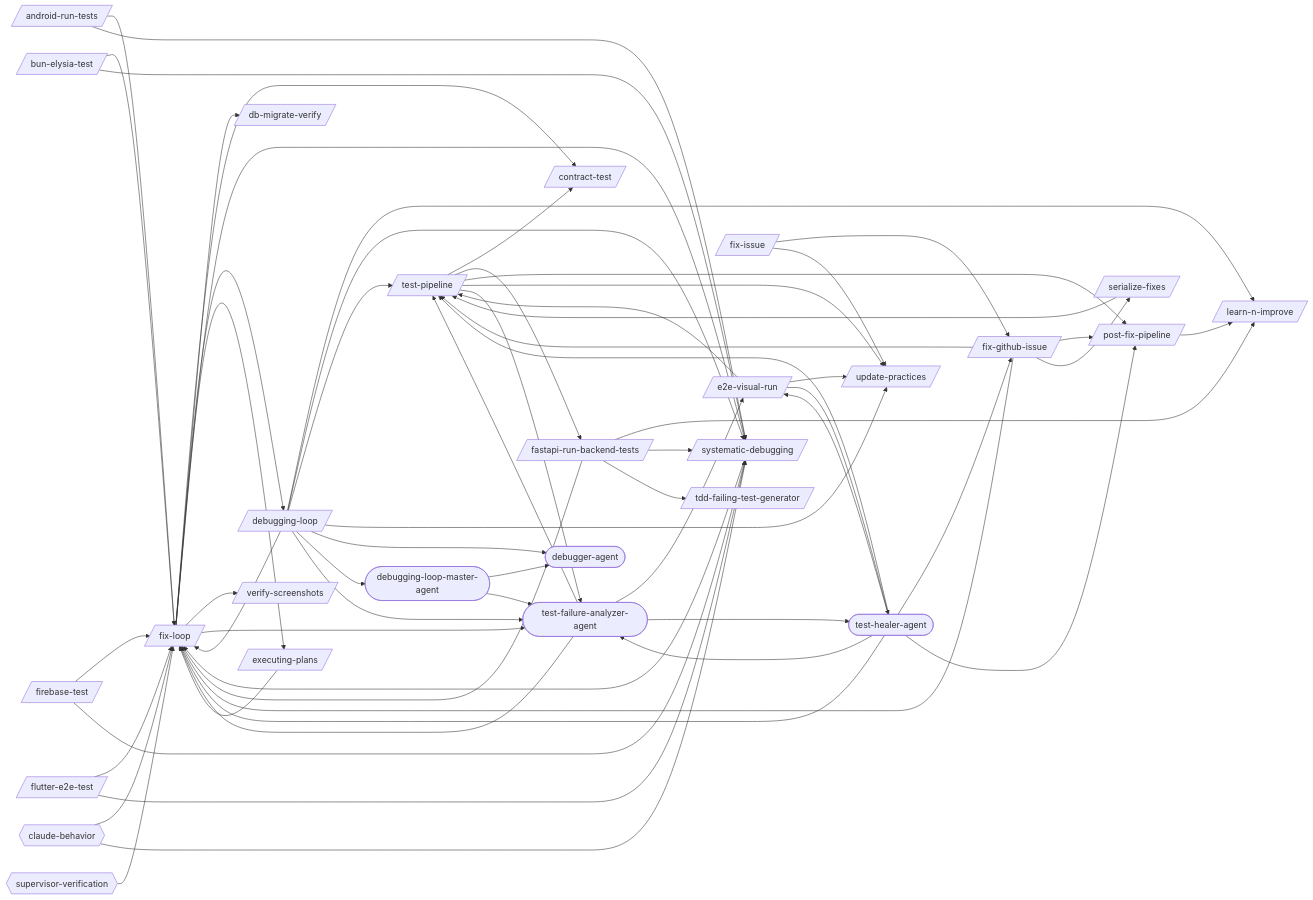
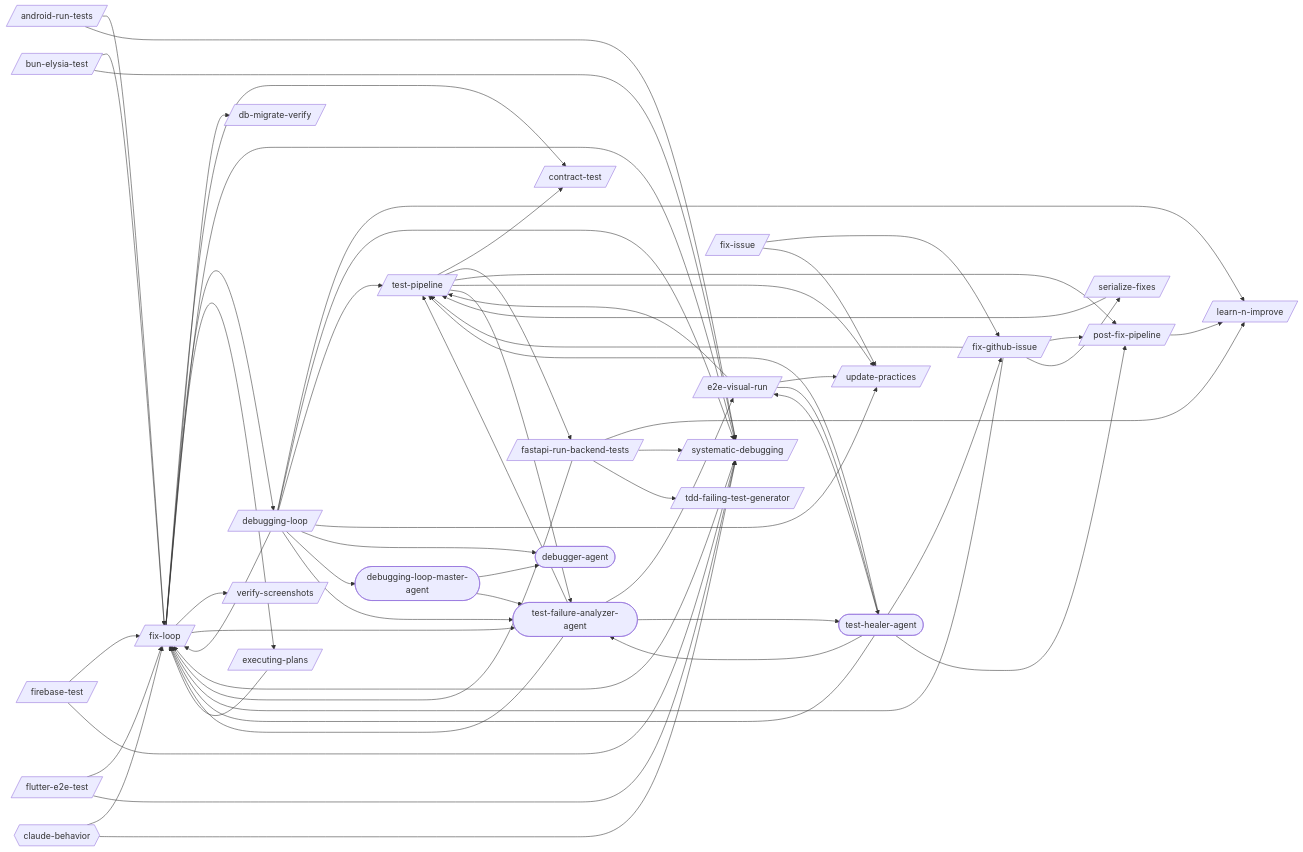
Before and after one commit to abhayla/claude-best-practices: the first of 25 diagrams in docs/workflows/debugging-loop.md, drawn with Mermaid. The commit also changed other lines of this file and 25 other files, not shown here.

````diff
--- a/docs/workflows/debugging-loop.md
+++ b/docs/workflows/debugging-loop.md
@@ -34,7 +34,6 @@
     test_failure_analyzer_agent([test-failure-analyzer-agent])
     test_healer_agent([test-healer-agent])
     claude_behavior{{claude-behavior}}
-    supervisor_verification{{supervisor-verification}}
     android_run_tests --> fix_loop
     android_run_tests --> systematic_debugging
     bun_elysia_test --> fix_loop
@@ -94,5 +93,4 @@
     test_healer_agent --> test_failure_analyzer_agent
     claude_behavior --> fix_loop
     claude_behavior --> systematic_debugging
-    supervisor_verification --> fix_loop
 ```
````
